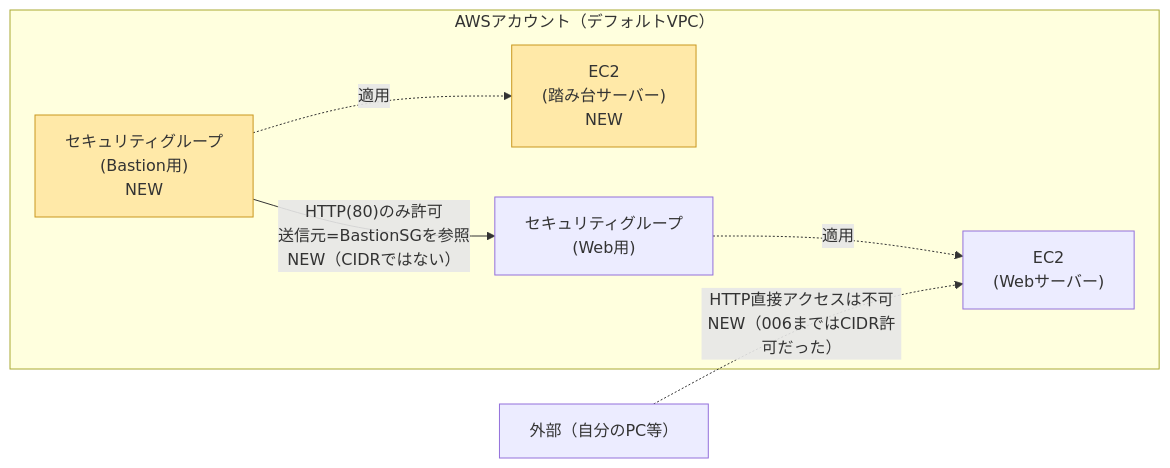
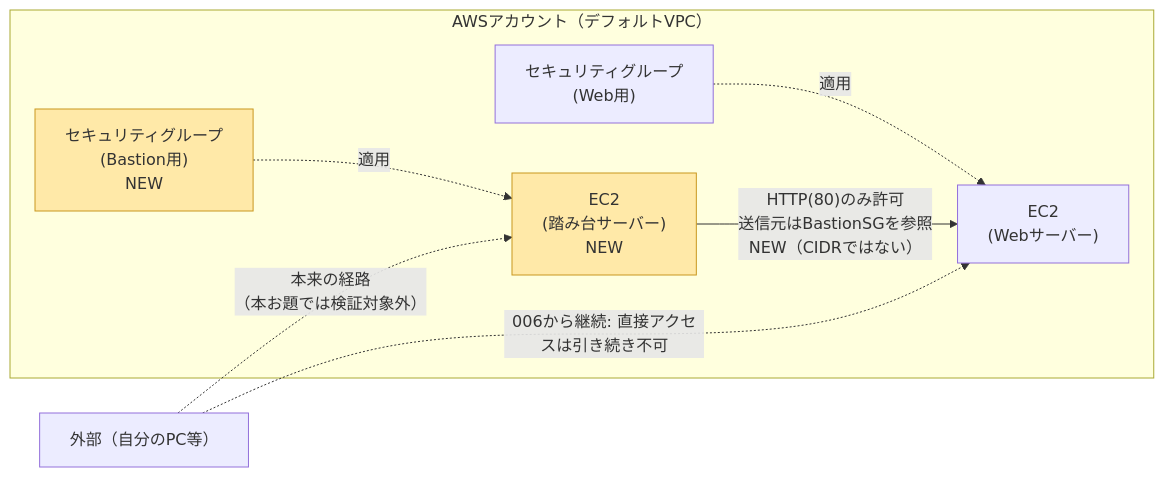
Before and after one commit to satoru-o/aws-terraform-dojo: the diagram in katas/007-bastion-sg-reference/SPEC.md, drawn with Mermaid. The commit also changed other lines of this file, not shown here.

Commit message:
docs: 007の構成図の経路表現を修正
Outside→Bastionの矢印がなく踏み台の役割が図から読み取れない点、
Outside→WebのNEWラベルが誤り（006時点で既に直接アクセス不可）
だった点、BastionSG→WebSGという抽象的なSG参照矢印で実際の通信
経路が伝わりにくい点を修正。Bastion→Webという実トラフィックの
矢印に一本化し、説明文も判定方法の変更点のみを述べる形に更新。

Claude-Session: https://claude.ai/code/session_01DV8Fp2xbc9NkFTGgC42myz

````diff
--- a/katas/007-bastion-sg-reference/SPEC.md
+++ b/katas/007-bastion-sg-reference/SPEC.md
@@ -18,19 +18,20 @@
 ```mermaid
 graph LR
     Outside["外部（自分のPC等）"]
 
     subgraph AWS["AWSアカウント（デフォルトVPC）"]
         BastionSG["セキュリティグループ<br/>(Bastion用)<br/>NEW"]
         Bastion["EC2<br/>(踏み台サーバー)<br/>NEW"]
         WebSG["セキュリティグループ<br/>(Web用)"]
         Web["EC2<br/>(Webサーバー)"]
     end
 
     BastionSG -.->|適用| Bastion
     WebSG -.->|適用| Web
-    BastionSG -->|"HTTP(80)のみ許可<br/>送信元=BastionSGを参照<br/>NEW（CIDRではない）"| WebSG
-    Outside -.->|"HTTP直接アクセスは不可<br/>NEW（006まではCIDR許可だった）"| Web
+    Outside -.->|"本来の経路<br/>（本お題では検証対象外）"| Bastion
+    Bastion -->|"HTTP(80)のみ許可<br/>送信元はBastionSGを参照<br/>NEW（CIDRではない）"| Web
+    Outside -.->|"006から継続: 直接アクセスは引き続き不可"| Web
 
     style BastionSG fill:#ffe9a8,stroke:#c9971f
     style Bastion fill:#ffe9a8,stroke:#c9971f
 ```
````
